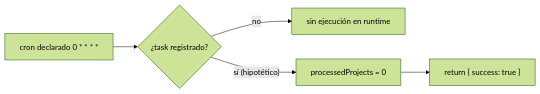
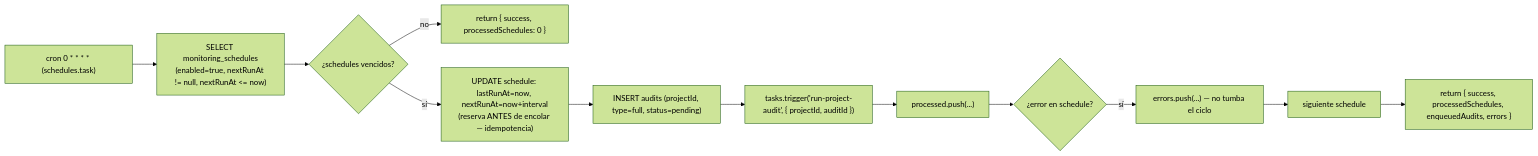
The first of 3 diagrams in docs/jobs/JOB-CONTRACT-scheduled-scan.md (StrategicConnex/StrategicConnexAudit), drawn with Mermaid (forest theme) before and after one commit. The commit also changed other lines of this file and 6 other files, not shown here.

````diff
--- a/docs/jobs/JOB-CONTRACT-scheduled-scan.md
+++ b/docs/jobs/JOB-CONTRACT-scheduled-scan.md
@@ -53,7 +54,14 @@
 ```mermaid
 flowchart LR
-    DECL["cron declarado 0 * * * *"] --> REG{"¿task registrado?"}
-    REG -- no --> NOP["sin ejecución en runtime"]
-    REG -- sí (hipotético) --> MOCK["processedProjects = 0"]
-    MOCK --> RET["return { success: true }"]
+    CRON["cron 0 * * * * (schedules.task)"] --> Q["SELECT monitoring_schedules\n(enabled=true, nextRunAt != null, nextRunAt <= now)"]
+    Q --> L{"¿schedules vencidos?"}
+    L -- no --> DONE["return { success, processedSchedules: 0 }"]
+    L -- sí --> RES["UPDATE schedule: lastRunAt=now, nextRunAt=now+interval\n(reserva ANTES de encolar — idempotencia)"]
+    RES --> INS["INSERT audits (projectId, type=full, status=pending)"]
+    INS --> TR["tasks.trigger('run-project-audit', { projectId, auditId })"]
+    TR --> ACC["processed.push(...)"]
+    ACC --> ERR{"¿error en schedule?"}
+    ERR -- sí --> LOG["errors.push(...) — no tumba el ciclo"]
+    LOG --> NEXT["siguiente schedule"]
+    NEXT --> DONE2["return { success, processedSchedules, enqueuedAudits, errors }"]
 ```
````
